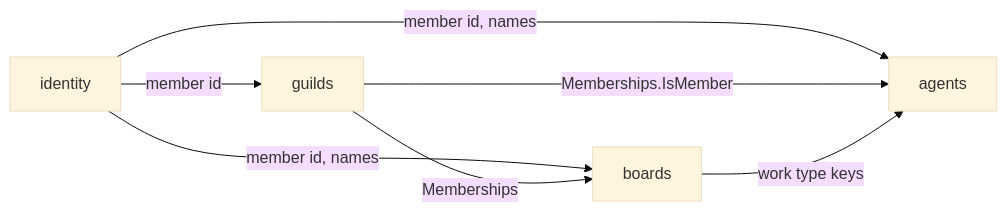
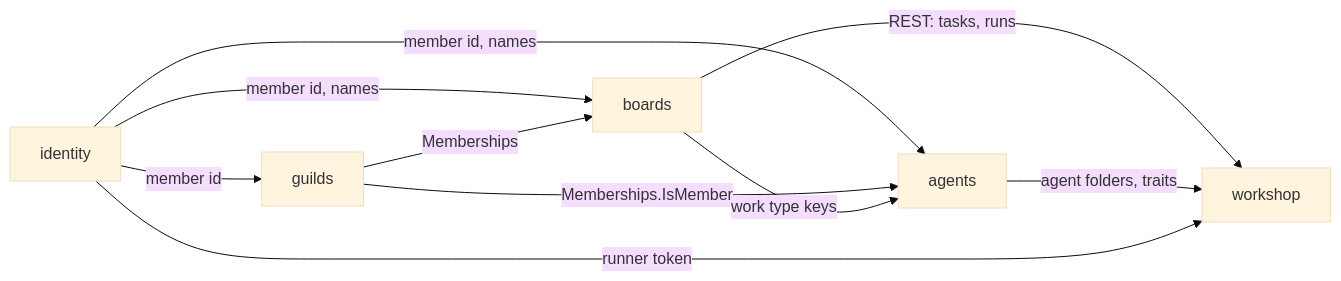
The diagram in docs/domain/context-map.md (jevido/the-bakery), drawn with Mermaid (base theme) before and after one commit. The commit also changed other lines of this file and 3 other files, not shown here.

First line of the commit message:
docs: domain model for runs and the workshop

````diff
--- a/docs/domain/context-map.md
+++ b/docs/domain/context-map.md
@@ -55,9 +60,12 @@
 ```mermaid
 flowchart LR
   identity -->|member id| guilds
   identity -->|member id, names| boards
   identity -->|member id, names| agents
   guilds -->|Memberships| boards
   guilds -->|Memberships.IsMember| agents
   boards -->|work type keys| agents
+  boards -->|REST: tasks, runs| workshop
+  agents -->|agent folders, traits| workshop
+  identity -->|runner token| workshop
 ```
````
